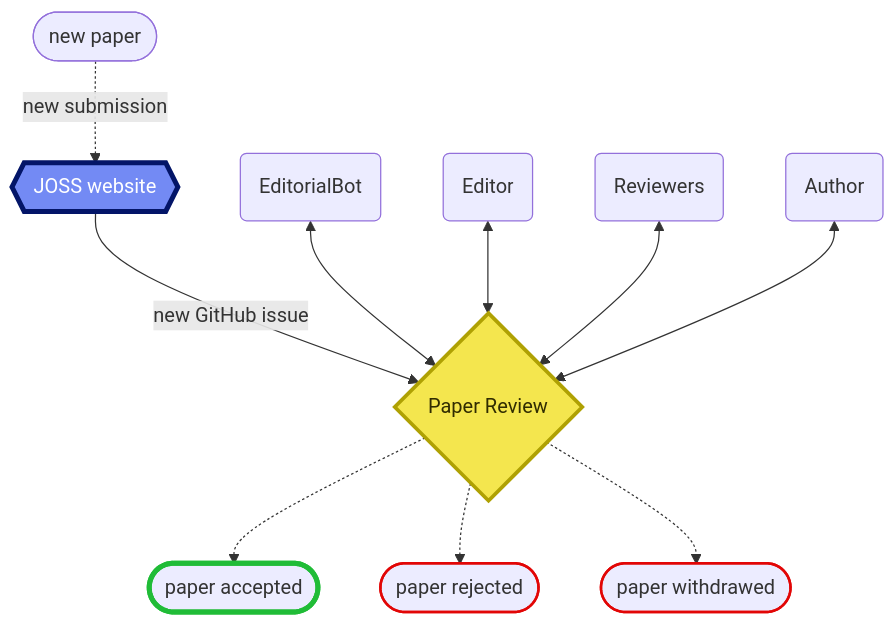
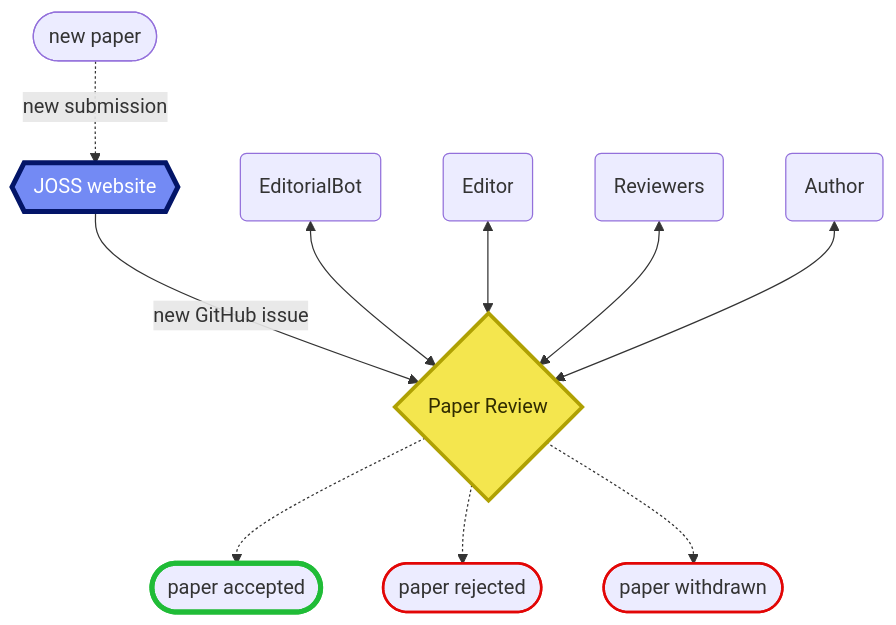
One commit to openjournals/joss-infra-docs changed the diagram in README.md. Above: the diagram before and after it, drawn with Mermaid.

````diff
--- a/README.md
+++ b/README.md
@@ -7,31 +7,31 @@
 ```mermaid
 flowchart TD
 
   NEWPAPER([new paper])
   JOSS{{JOSS website}}
   REVIEW{Paper Review}
   BOT(EditorialBot)
   AUTHOR(Author)
   EDITOR(Editor)
   REVS(Reviewers)
   REJECT([paper rejected])
-  WITHDRAW([paper withdrawed])
+  WITHDRAW([paper withdrawn])
   ACCEPT([paper accepted])
 
   classDef oj fill:#738af4,stroke:#031568,stroke-width:4px,color:#fff;
   classDef rev fill:#f4e64e,stroke:#afa103,stroke-width:3px,color:#302c01;
   classDef red stroke:#e20606,stroke-width:2px;
   classDef green stroke:#20bc37,stroke-width:4px;
   classDef people stroke-dasharray: 5 5;
 
 
   NEWPAPER -.-> |new submission|JOSS
   JOSS:::oj --> |new GitHub issue|REVIEW
   BOT <--> REVIEW:::rev
   EDITOR <--> REVIEW
   REVS <--> REVIEW
   AUTHOR <--> REVIEW
   REVIEW -.-> ACCEPT:::green
   REVIEW -.-> REJECT:::red
   REVIEW -.-> WITHDRAW:::red
 ```
````
